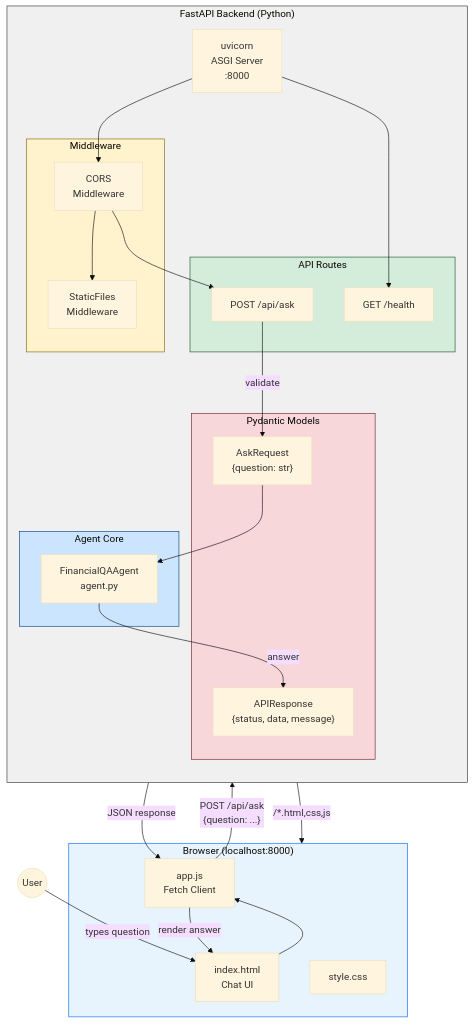
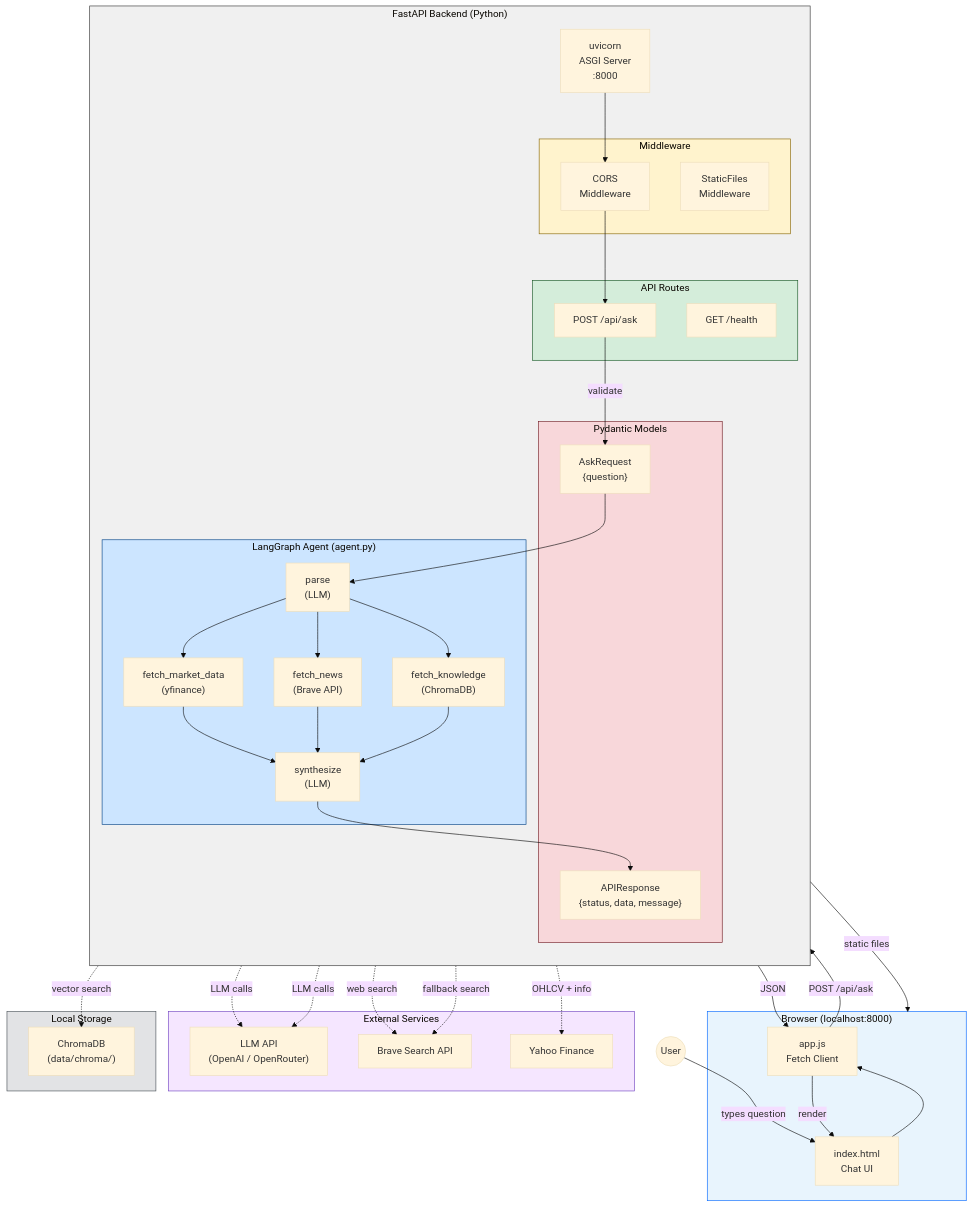
One commit to KevinYum/financial-qa-agent changed the diagram in README.md. Above: the diagram before and after it, drawn with Mermaid (base theme). The commit also changed other lines of this file and 19 other files, not shown here.

First line of the commit message:
Implement LangGraph agent with parse-driven routing (v0.0.4–v0.0.7)

````diff
--- a/README.md
+++ b/README.md
@@ -27,57 +31,79 @@
 ```mermaid
 flowchart TB
     subgraph Browser["Browser (localhost:8000)"]
         UI["index.html\nChat UI"]
-        CSS["style.css"]
         JS["app.js\nFetch Client"]
     end
 
     subgraph Backend["FastAPI Backend (Python)"]
         direction TB
         UV["uvicorn\nASGI Server\n:8000"]
 
         subgraph Middleware["Middleware"]
             CORS["CORS\nMiddleware"]
             STATIC["StaticFiles\nMiddleware"]
         end
 
         subgraph Routes["API Routes"]
             HEALTH["GET /health"]
             ASK["POST /api/ask"]
         end
 
         subgraph Models["Pydantic Models"]
-            REQ["AskRequest\n{question: str}"]
+            REQ["AskRequest\n{question}"]
             RES["APIResponse\n{status, data, message}"]
         end
 
-        subgraph Core["Agent Core"]
-            AGENT["FinancialQAAgent\nagent.py"]
+        subgraph AgentCore["LangGraph Agent (agent.py)"]
+            PARSE["parse\n(LLM)"]
+            FETCH_MD["fetch_market_data\n(yfinance)"]
+            FETCH_NEWS["fetch_news\n(Brave API)"]
+            FETCH_KB["fetch_knowledge\n(ChromaDB)"]
+            SYNTH["synthesize\n(LLM)"]
         end
+    end
+
+    subgraph External["External Services"]
+        LLM_API["LLM API\n(OpenAI / OpenRouter)"]
+        BRAVE["Brave Search API"]
+        YAHOO["Yahoo Finance"]
+    end
+
+    subgraph Local["Local Storage"]
+        CHROMA["ChromaDB\n(data/chroma/)"]
     end
 
     %% User interaction
     USER((User)) -- "types question" --> UI
     UI --> JS
-    JS -- "POST /api/ask\n{question: ...}" --> UV
+    JS -- "POST /api/ask" --> UV
 
     %% Request flow
-    UV --> CORS --> STATIC
-    STATIC -- "/*.html,css,js" --> Browser
-    CORS --> ASK
-    UV --> HEALTH
+    UV --> CORS --> ASK
+    STATIC -- "static files" --> Browser
 
-    %% Processing flow
+    %% Agent flow
     ASK -- "validate" --> REQ
-    REQ --> AGENT
-    AGENT -- "answer" --> RES
-    RES -- "JSON response" --> JS
-    JS -- "render answer" --> UI
+    REQ --> PARSE
+    PARSE --> FETCH_MD & FETCH_NEWS & FETCH_KB
+    FETCH_MD & FETCH_NEWS & FETCH_KB --> SYNTH
+    SYNTH --> RES
+    RES -- "JSON" --> JS
+    JS -- "render" --> UI
+
+    %% External connections
+    PARSE & SYNTH -. "LLM calls" .-> LLM_API
+    FETCH_MD -. "OHLCV + info" .-> YAHOO
+    FETCH_NEWS -. "web search" .-> BRAVE
+    FETCH_KB -. "vector search" .-> CHROMA
+    FETCH_KB -. "fallback search" .-> BRAVE
 
     style Browser fill:#e8f4fd,stroke:#0066ff
     style Backend fill:#f0f0f0,stroke:#333
     style Middleware fill:#fff3cd,stroke:#856404
     style Routes fill:#d4edda,stroke:#155724
     style Models fill:#f8d7da,stroke:#721c24
-    style Core fill:#cce5ff,stroke:#004085
+    style AgentCore fill:#cce5ff,stroke:#004085
+    style External fill:#f5e6ff,stroke:#6f42c1
+    style Local fill:#e2e3e5,stroke:#495057
 ```
````
